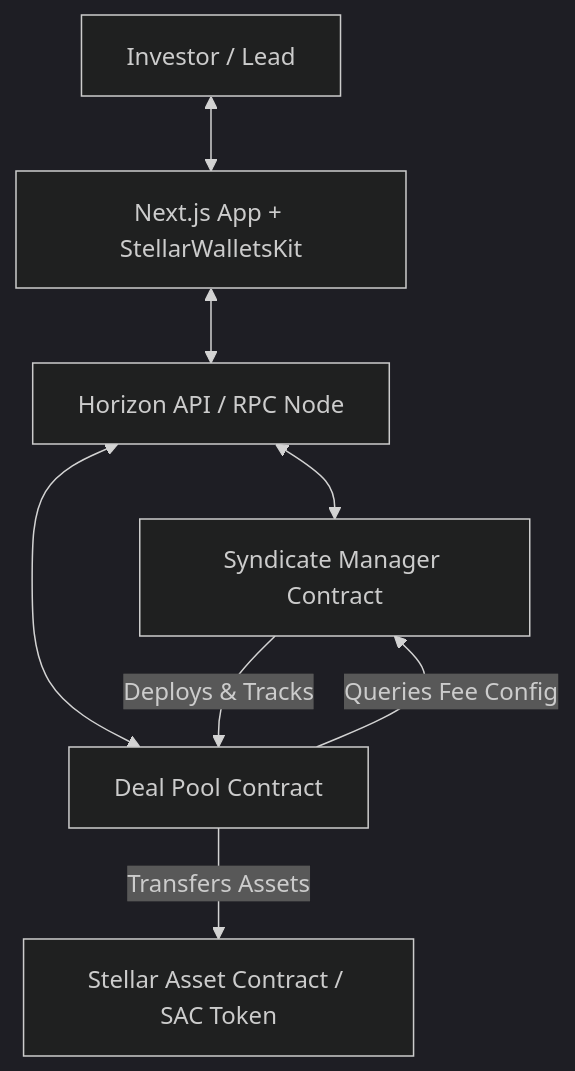
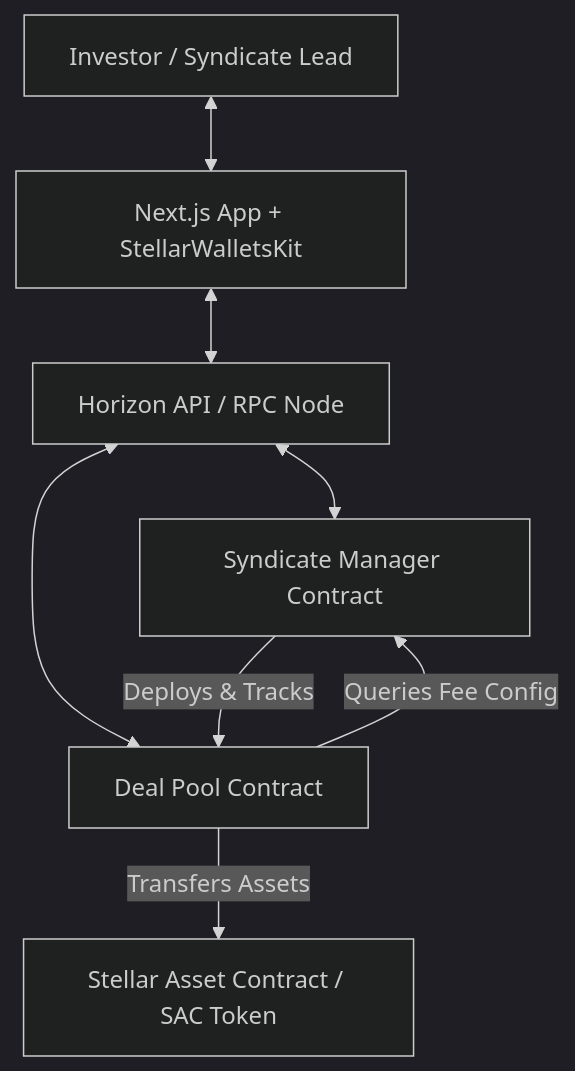
The first of 2 diagrams in README.md (bishalsahax-alt/EquiRise), drawn with Mermaid (dark theme) before and after one commit. The commit also changed other lines of this file, not shown here.

````diff
--- a/README.md
+++ b/README.md
@@ -11,11 +146,11 @@
 ```mermaid
 graph TD
-    User[Investor / Lead] <--> Frontend[Next.js App + StellarWalletsKit]
+    User[Investor / Syndicate Lead] <--> Frontend[Next.js App + StellarWalletsKit]
     Frontend <--> Horizon[Horizon API / RPC Node]
     Horizon <--> Manager[Syndicate Manager Contract]
     Horizon <--> Pool[Deal Pool Contract]
     
     Manager -- Deploys & Tracks --> Pool
     Pool -- Queries Fee Config --> Manager
     Pool -- Transfers Assets --> Token[Stellar Asset Contract / SAC Token]
 ```
````
